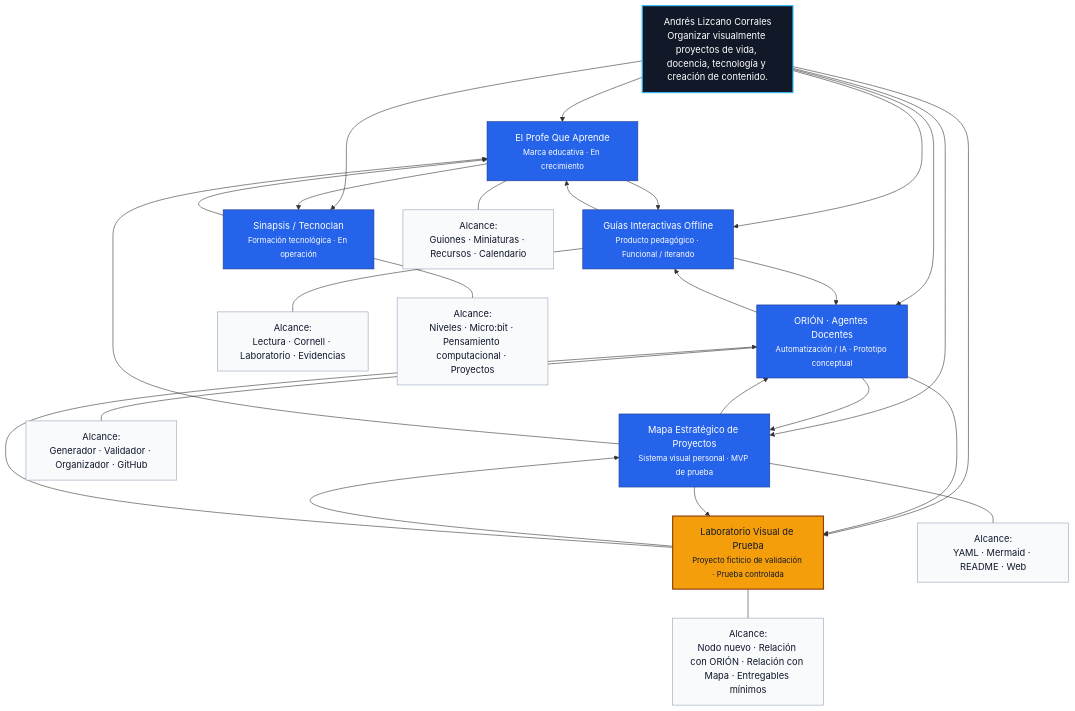
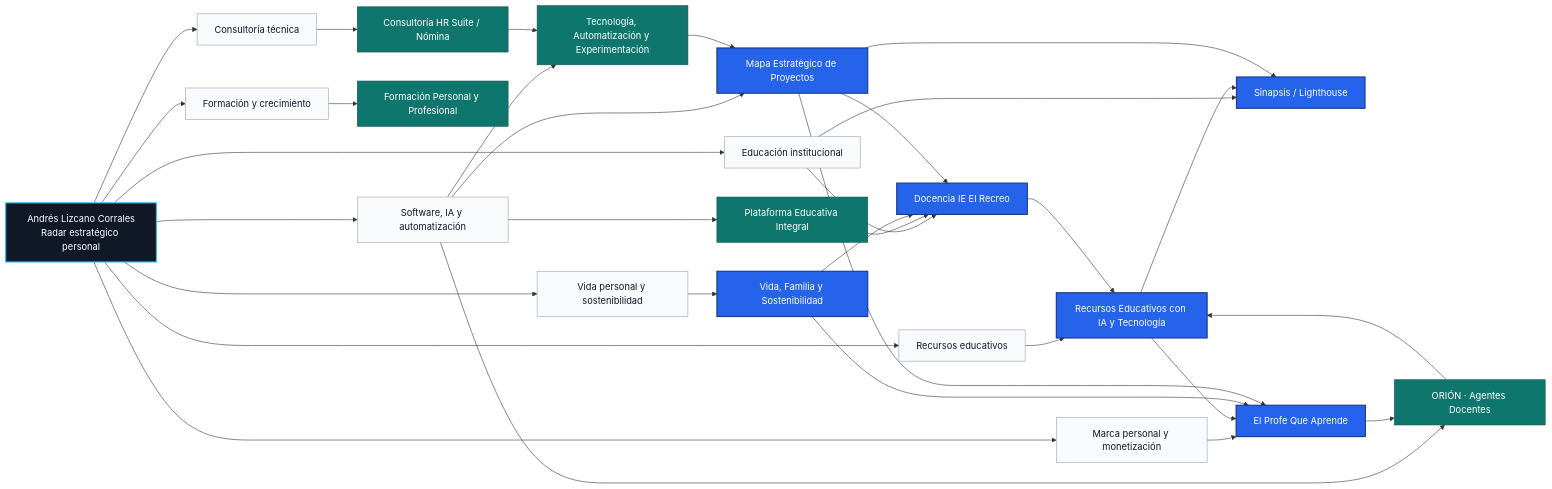
The diagram in README.md (Anfaliz1703/Mapa-Estrategico-de-Proyectos), drawn with Mermaid before and after one commit. The commit also changed other lines of this file, not shown here.

Commit message:
Actualizar README con mapa real refinado

````diff
--- a/README.md
+++ b/README.md
@@ -9,37 +9,43 @@
 ```mermaid
-flowchart TD
-    CENTRO["Andrés Lizcano Corrales<br/>Organizar visualmente proyectos de vida, docencia, tecnología y creación de contenido."]:::center
+flowchart LR
+    A["Andrés Lizcano Corrales<br/>Radar estratégico personal"]:::center
 
-    CENTRO --> EPQA["El Profe Que Aprende<br/><small>Marca educativa · En crecimiento</small>"]:::project
-    CENTRO --> GUIAS_INTERACTIVAS["Guías Interactivas Offline<br/><small>Producto pedagógico · Funcional / iterando</small>"]:::project
-    CENTRO --> ORION_AGENTES["ORIÓN · Agentes Docentes<br/><small>Automatización / IA · Prototipo conceptual</small>"]:::project
-    CENTRO --> SINAPSIS["Sinapsis / Tecnoclan<br/><small>Formación tecnológica · En operación</small>"]:::project
-    CENTRO --> MAPA_ESTRATEGICO["Mapa Estratégico de Proyectos<br/><small>Sistema visual personal · MVP de prueba</small>"]:::project
-    CENTRO --> LABORATORIO_VISUAL_PRUEBA["Laboratorio Visual de Prueba<br/><small>Proyecto ficticio de validación · Prueba controlada</small>"]:::test
+    A --> EDU["Educación institucional"]:::area
+    A --> REC["Recursos educativos"]:::area
+    A --> MARCA["Marca personal y monetización"]:::area
+    A --> SOFT["Software, IA y automatización"]:::area
+    A --> FOR["Formación y crecimiento"]:::area
+    A --> VIDA["Vida personal y sostenibilidad"]:::area
+    A --> CONS["Consultoría técnica"]:::area
 
-    EPQA --- EPQA_A["Alcance:<br/>Guiones · Miniaturas · Recursos · Calendario"]:::scope
-    GUIAS_INTERACTIVAS --- GUIAS_A["Alcance:<br/>Lectura · Cornell · Laboratorio · Evidencias"]:::scope
-    ORION_AGENTES --- ORION_A["Alcance:<br/>Generador · Validador · Organizador · GitHub"]:::scope
-    SINAPSIS --- SINAPSIS_A["Alcance:<br/>Niveles · Micro:bit · Pensamiento computacional · Proyectos"]:::scope
-    MAPA_ESTRATEGICO --- MAPA_A["Alcance:<br/>YAML · Mermaid · README · Web"]:::scope
-    LABORATORIO_VISUAL_PRUEBA --- LAB_A["Alcance:<br/>Nodo nuevo · Relación con ORIÓN · Relación con Mapa · Entregables mínimos"]:::scope
+    EDU --> DOC["Docencia IE El Recreo"]:::alta
+    EDU --> SIN["Sinapsis / Lighthouse"]:::alta
+    REC --> RES["Recursos Educativos con IA y Tecnología"]:::alta
+    MARCA --> EPQA["El Profe Que Aprende"]:::alta
+    SOFT --> ORION["ORIÓN · Agentes Docentes"]:::media
+    SOFT --> PLAT["Plataforma Educativa Integral"]:::media
+    SOFT --> TEC["Tecnología, Automatización y Experimentación"]:::media
+    SOFT --> MAPA["Mapa Estratégico de Proyectos"]:::alta
+    FOR --> FORM["Formación Personal y Profesional"]:::media
+    VIDA --> SOST["Vida, Familia y Sostenibilidad"]:::alta
+    CONS --> HR["Consultoría HR Suite / Nómina"]:::media
 
-    EPQA --> GUIAS_INTERACTIVAS
-    EPQA --> SINAPSIS
-    GUIAS_INTERACTIVAS --> ORION_AGENTES
-    GUIAS_INTERACTIVAS --> EPQA
-    ORION_AGENTES --> GUIAS_INTERACTIVAS
-    ORION_AGENTES --> MAPA_ESTRATEGICO
-    ORION_AGENTES --> LABORATORIO_VISUAL_PRUEBA
-    SINAPSIS --> EPQA
-    MAPA_ESTRATEGICO --> ORION_AGENTES
-    MAPA_ESTRATEGICO --> EPQA
-    MAPA_ESTRATEGICO --> LABORATORIO_VISUAL_PRUEBA
-    LABORATORIO_VISUAL_PRUEBA --> MAPA_ESTRATEGICO
-    LABORATORIO_VISUAL_PRUEBA --> ORION_AGENTES
+    DOC --> RES
+    RES --> EPQA
+    RES --> SIN
+    ORION --> RES
+    EPQA --> ORION
+    PLAT --> DOC
+    TEC --> MAPA
+    SOST --> DOC
+    SOST --> EPQA
+    HR --> TEC
+    MAPA --> DOC
+    MAPA --> EPQA
+    MAPA --> SIN
 
     classDef center fill:#111827,stroke:#38bdf8,color:#ffffff,stroke-width:2px;
-    classDef project fill:#2563eb,stroke:#1e3a8a,color:#ffffff;
-    classDef test fill:#f59e0b,stroke:#92400e,color:#111827,stroke-width:2px;
-    classDef scope fill:#f8fafc,stroke:#94a3b8,color:#0f172a;
+    classDef area fill:#f8fafc,stroke:#94a3b8,color:#0f172a;
+    classDef alta fill:#2563eb,stroke:#1e3a8a,color:#ffffff,stroke-width:2px;
+    classDef media fill:#0f766e,stroke:#134e4a,color:#ffffff;
 ```
````
